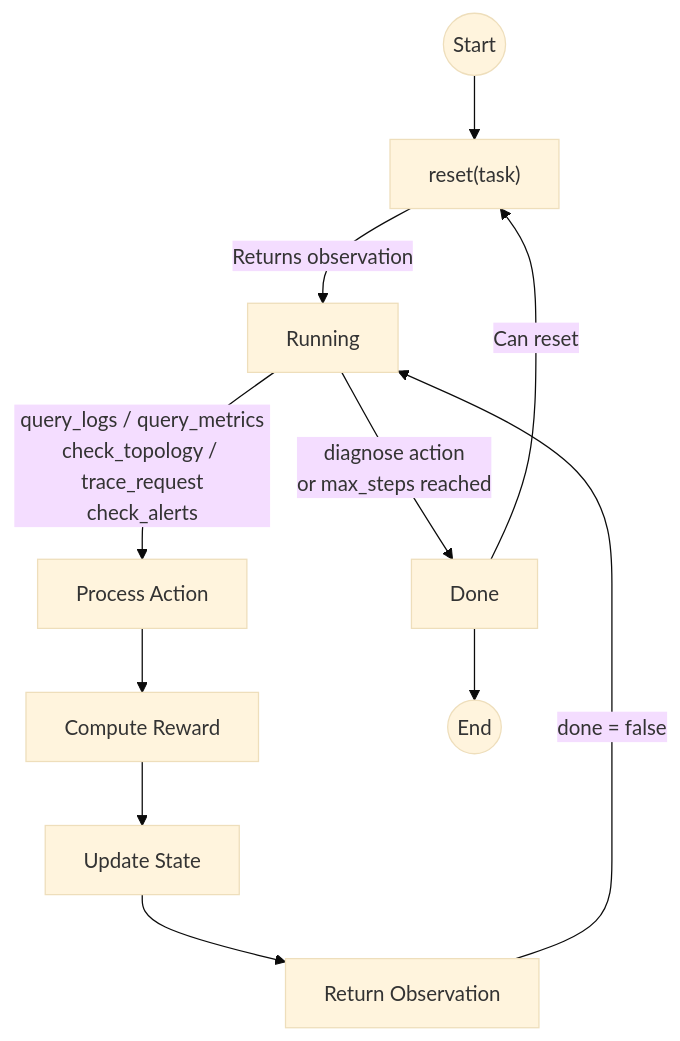
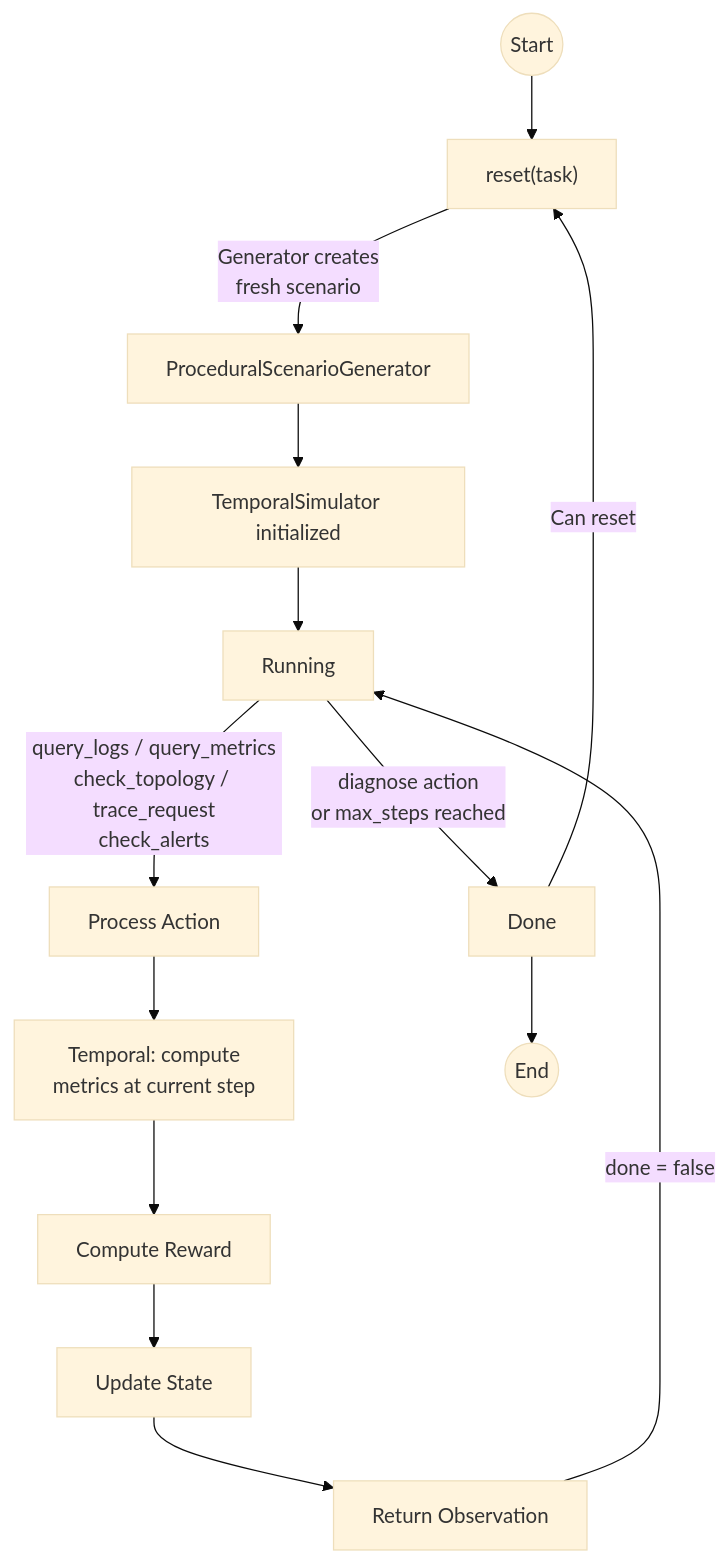
The second of 7 diagrams in docs/ARCHITECTURE.md (wildcraft958/incident_triage_env), drawn with Mermaid (base theme) before and after one commit. The commit also changed other lines of this file, not shown here.

Commit message:
Update ARCHITECTURE.md for procedural generation and temporal simulation

````diff
--- a/docs/ARCHITECTURE.md
+++ b/docs/ARCHITECTURE.md
@@ -41,13 +46,16 @@
 ```mermaid
 flowchart TD
     START(("Start")) --> RESET["reset(task)"]
-    RESET -->|"Returns observation"| RUNNING["Running"]
+    RESET -->|"Generator creates\nfresh scenario"| GEN["ProceduralScenarioGenerator"]
+    GEN --> TEMPORAL["TemporalSimulator initialized"]
+    TEMPORAL --> RUNNING["Running"]
     RUNNING -->|"query_logs / query_metrics\ncheck_topology / trace_request\ncheck_alerts"| PROCESS["Process Action"]
-    PROCESS --> REWARD["Compute Reward"]
+    PROCESS --> DEGRADE["Temporal: compute\nmetrics at current step"]
+    DEGRADE --> REWARD["Compute Reward"]
     REWARD --> UPDATE["Update State"]
     UPDATE --> OBS["Return Observation"]
     OBS -->|"done = false"| RUNNING
     RUNNING -->|"diagnose action\nor max_steps reached"| DONE["Done"]
     DONE -->|"Can reset"| RESET
     DONE --> END(("End"))
 ```
````
